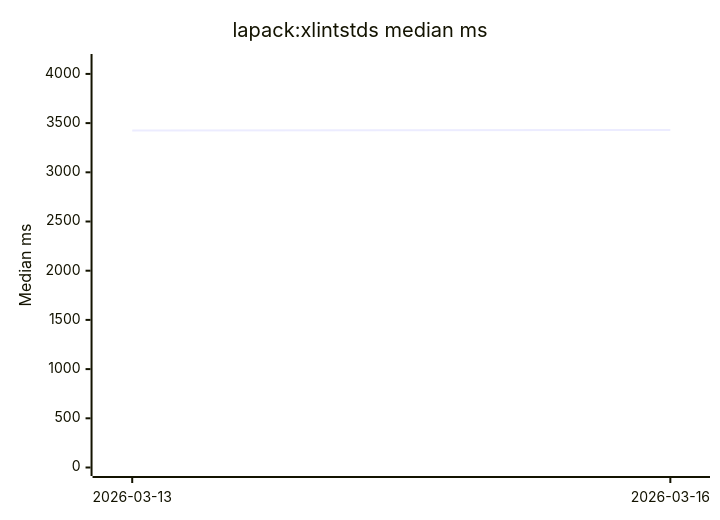
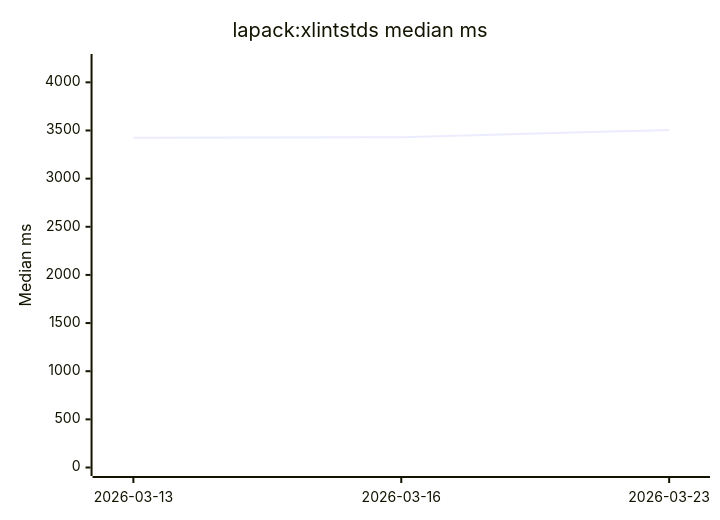
The second of 2 diagrams in PERFORMANCE.md (NeoZedAtlas/Col6Forge), drawn with Mermaid before and after one commit. The commit also changed other lines of this file and 2 other files, not shown here.

````diff
--- a/PERFORMANCE.md
+++ b/PERFORMANCE.md
@@ -30,7 +30,7 @@
 ```mermaid
 xychart-beta
     title "lapack:xlintstds median ms"
-    x-axis ["2026-03-13", "2026-03-16"]
-    y-axis "Median ms" 0 --> 4116
-    line [3425, 3430]
+    x-axis ["2026-03-13", "2026-03-16", "2026-03-23"]
+    y-axis "Median ms" 0 --> 4206
+    line [3425, 3430, 3505]
 ```
````
